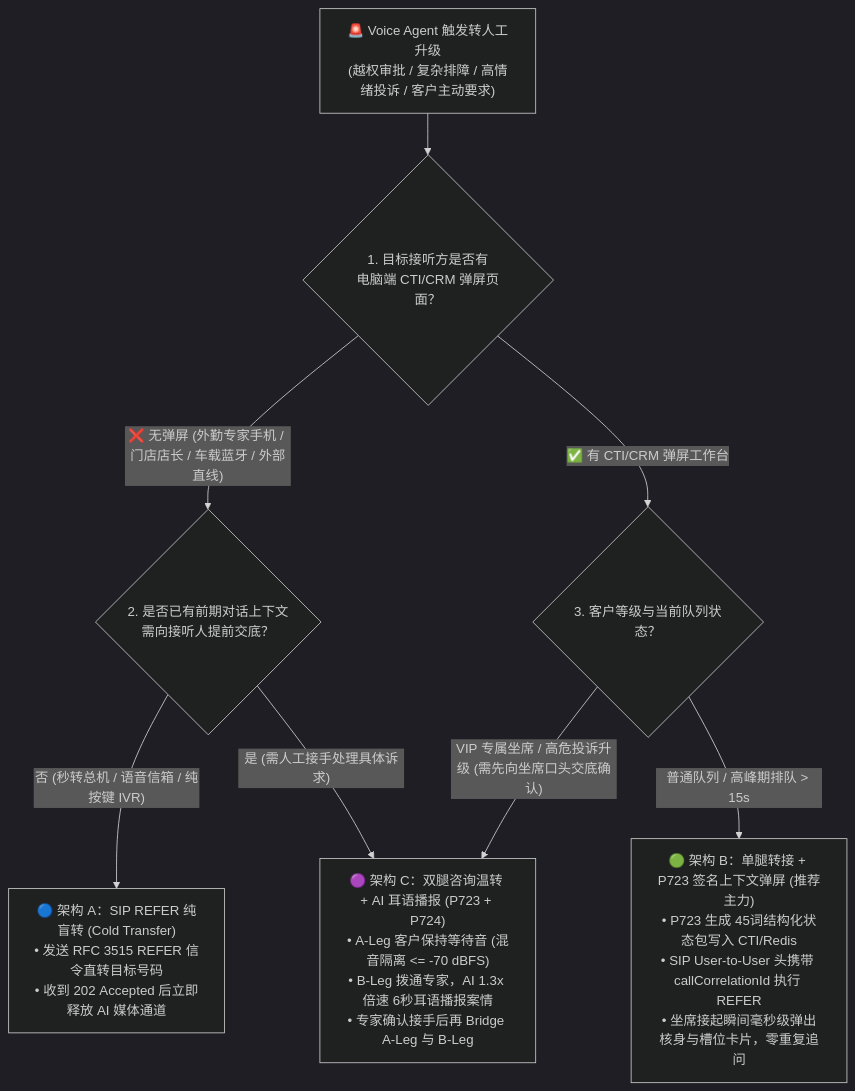
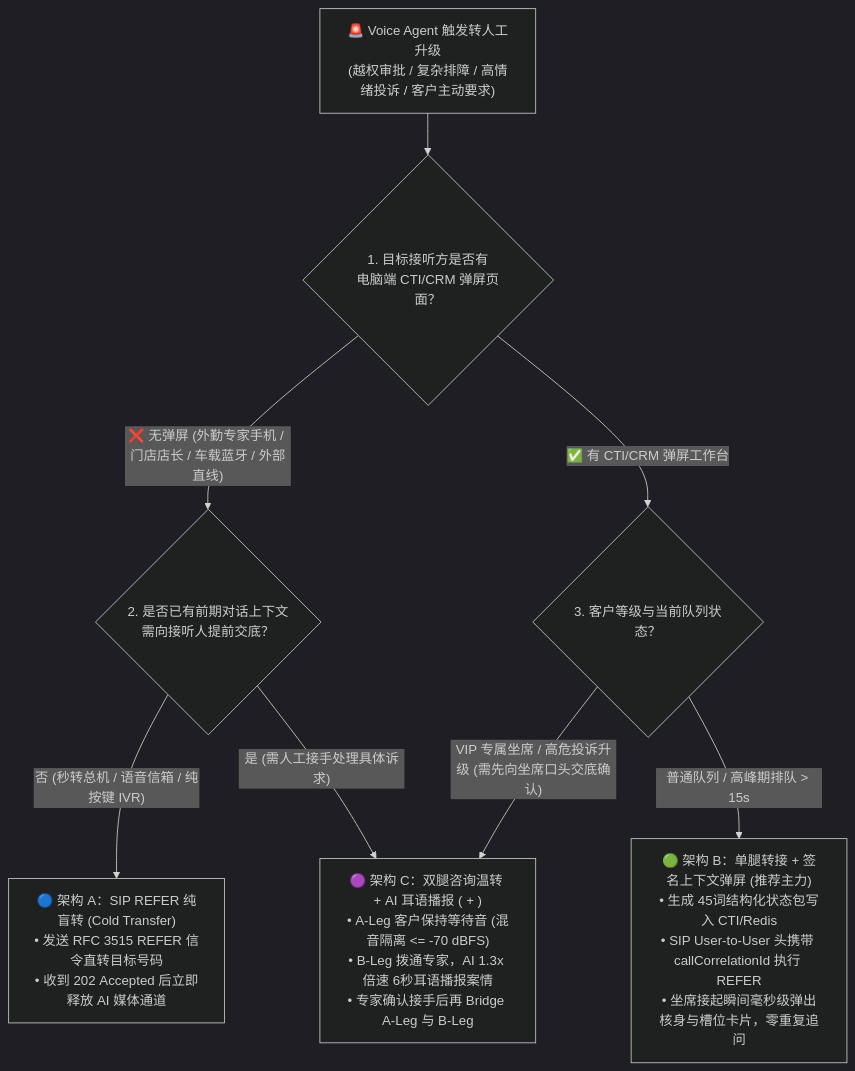
The first of 3 diagrams in docs/warm-transfer-whisper-handoff-faq.md (turbo998/voice-agent-lab), drawn with Mermaid (dark theme) before and after one commit. The commit also changed other lines of this file and 715 other files, not shown here.

First line of the commit message:
chore: curate Enterprise Voice AI SA deliverables and purge non-SA RFC/industrial bloat

````diff
--- a/docs/warm-transfer-whisper-handoff-faq.md
+++ b/docs/warm-transfer-whisper-handoff-faq.md
@@ -85,12 +85,12 @@
 ```mermaid
 flowchart TD
-    Start["🚨 Voice Agent 触发转人工升级<br/>(越权审批 / 复杂排障 / 高情绪投诉 / 客户主动要求)"] --> Q1{"1. 目标接听方是否有<br/>电脑端 CTI/CRM 弹屏页面？"}
+ Start["🚨 Voice Agent 触发转人工升级<br/>(越权审批 / 复杂排障 / 高情绪投诉 / 客户主动要求)"] --> Q1{"1. 目标接听方是否有<br/>电脑端 CTI/CRM 弹屏页面？"}
 
-    Q1 -- "❌ 无弹屏 (外勤专家手机 / 门店店长 / 车载蓝牙 / 外部直线)" --> Q2{"2. 是否已有前期对话上下文<br/>需向接听人提前交底？"}
-    Q2 -- "否 (秒转总机 / 语音信箱 / 纯按键 IVR)" --> ColdRefer["🔵 架构 A：SIP REFER 纯盲转 (Cold Transfer)<br/>• 发送 RFC 3515 REFER 信令直转目标号码<br/>• 收到 202 Accepted 后立即释放 AI 媒体通道"]
-    Q2 -- "是 (需人工接手处理具体诉求)" --> WarmWhisper["🟣 架构 C：双腿咨询温转 + AI 耳语播报 (P723 + P724)<br/>• A-Leg 客户保持等待音 (混音隔离 <= -70 dBFS)<br/>• B-Leg 拨通专家，AI 1.3x 倍速 6秒耳语播报案情<br/>• 专家确认接手后再 Bridge A-Leg 与 B-Leg"]
+ Q1 -- "❌ 无弹屏 (外勤专家手机 / 门店店长 / 车载蓝牙 / 外部直线)" --> Q2{"2. 是否已有前期对话上下文<br/>需向接听人提前交底？"}
+ Q2 -- "否 (秒转总机 / 语音信箱 / 纯按键 IVR)" --> ColdRefer["🔵 架构 A：SIP REFER 纯盲转 (Cold Transfer)<br/>• 发送 RFC 3515 REFER 信令直转目标号码<br/>• 收到 202 Accepted 后立即释放 AI 媒体通道"]
+ Q2 -- "是 (需人工接手处理具体诉求)" --> WarmWhisper["🟣 架构 C：双腿咨询温转 + AI 耳语播报 ( + )<br/>• A-Leg 客户保持等待音 (混音隔离 <= -70 dBFS)<br/>• B-Leg 拨通专家，AI 1.3x 倍速 6秒耳语播报案情<br/>• 专家确认接手后再 Bridge A-Leg 与 B-Leg"]
 
-    Q1 -- "✅ 有 CTI/CRM 弹屏工作台" --> Q3{"3. 客户等级与当前队列状态？"}
-    Q3 -- "普通队列 / 高峰期排队 > 15s" --> ScreenPop["🟢 架构 B：单腿转接 + P723 签名上下文弹屏 (推荐主力)<br/>• P723 生成 45词结构化状态包写入 CTI/Redis<br/>• SIP User-to-User 头携带 callCorrelationId 执行 REFER<br/>• 坐席接起瞬间毫秒级弹出核身与槽位卡片，零重复追问"]
-    Q3 -- "VIP 专属坐席 / 高危投诉升级 (需先向坐席口头交底确认)" --> WarmWhisper
+ Q1 -- "✅ 有 CTI/CRM 弹屏工作台" --> Q3{"3. 客户等级与当前队列状态？"}
+ Q3 -- "普通队列 / 高峰期排队 > 15s" --> ScreenPop["🟢 架构 B：单腿转接 + 签名上下文弹屏 (推荐主力)<br/>• 生成 45词结构化状态包写入 CTI/Redis<br/>• SIP User-to-User 头携带 callCorrelationId 执行 REFER<br/>• 坐席接起瞬间毫秒级弹出核身与槽位卡片，零重复追问"]
+ Q3 -- "VIP 专属坐席 / 高危投诉升级 (需先向坐席口头交底确认)" --> WarmWhisper
 ```
````
